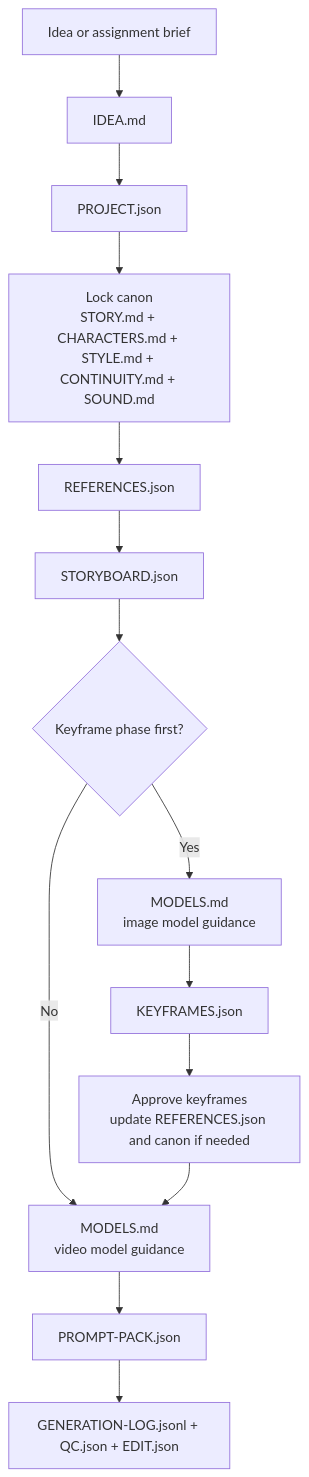
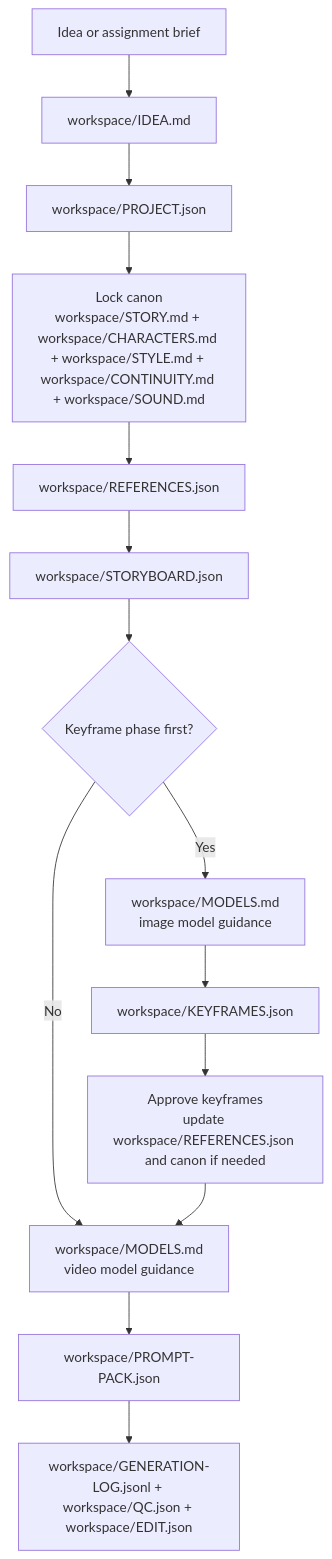
One commit to miklosme/video changed the diagram in README.md. Above: the diagram before and after it, drawn with Mermaid. The commit also changed other lines of this file and 23 other files, not shown here.

````diff
--- a/README.md
+++ b/README.md
@@ -102,16 +103,16 @@
 ```mermaid
 flowchart TD
-    A["Idea or assignment brief"] --> B["IDEA.md"]
-    B --> C["PROJECT.json"]
-    C --> D["Lock canon<br/>STORY.md + CHARACTERS.md + STYLE.md + CONTINUITY.md + SOUND.md"]
-    D --> E["REFERENCES.json"]
-    E --> F["STORYBOARD.json"]
+    A["Idea or assignment brief"] --> B["workspace/IDEA.md"]
+    B --> C["workspace/PROJECT.json"]
+    C --> D["Lock canon<br/>workspace/STORY.md + workspace/CHARACTERS.md + workspace/STYLE.md + workspace/CONTINUITY.md + workspace/SOUND.md"]
+    D --> E["workspace/REFERENCES.json"]
+    E --> F["workspace/STORYBOARD.json"]
     F --> G{"Keyframe phase first?"}
-    G -->|Yes| H["MODELS.md<br/>image model guidance"]
-    H --> I["KEYFRAMES.json"]
-    I --> J["Approve keyframes<br/>update REFERENCES.json and canon if needed"]
-    G -->|No| K["MODELS.md<br/>video model guidance"]
+    G -->|Yes| H["workspace/MODELS.md<br/>image model guidance"]
+    H --> I["workspace/KEYFRAMES.json"]
+    I --> J["Approve keyframes<br/>update workspace/REFERENCES.json and canon if needed"]
+    G -->|No| K["workspace/MODELS.md<br/>video model guidance"]
     J --> K
-    K --> L["PROMPT-PACK.json"]
-    L --> M["GENERATION-LOG.jsonl + QC.json + EDIT.json"]
+    K --> L["workspace/PROMPT-PACK.json"]
+    L --> M["workspace/GENERATION-LOG.jsonl + workspace/QC.json + workspace/EDIT.json"]
 ```
````
